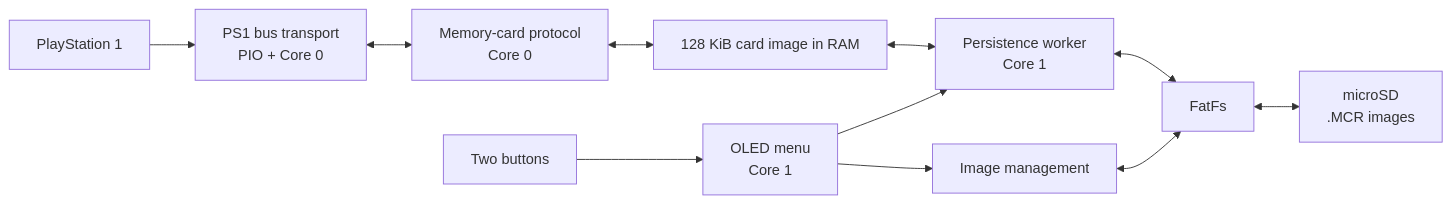
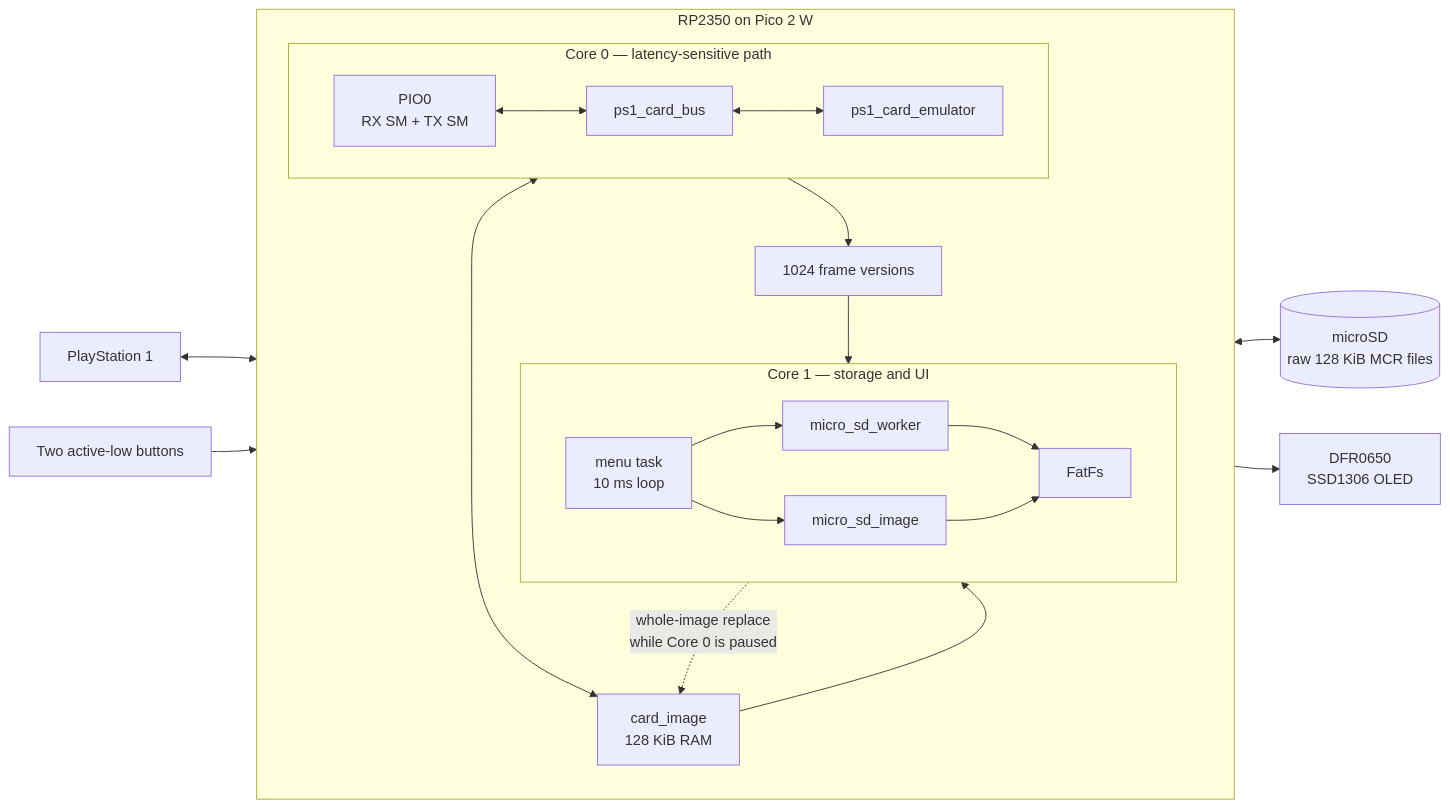
Before and after one commit to Blachovsky/PS-microCard: the first of 4 diagrams in docs/architecture.md, drawn with Mermaid. The commit also changed other lines of this file and 8 other files, not shown here.

````diff
--- a/docs/architecture.md
+++ b/docs/architecture.md
@@ -7,15 +9,46 @@
 ```mermaid
 flowchart LR
-    PS1[PlayStation 1] --> BUS[PS1 bus transport<br/>PIO + Core 0]
-    BUS <--> EMU[Memory-card protocol<br/>Core 0]
-    EMU <--> RAM[128 KiB card image in RAM]
+    PS1[PlayStation 1]
+    SD[(microSD<br/>raw 128 KiB MCR files)]
+    BTN[Two active-low buttons]
+    OLED[DFR0650<br/>SSD1306 OLED]
 
-    RAM <--> WORKER[Persistence worker<br/>Core 1]
-    WORKER <--> FATFS[FatFs]
-    FATFS <--> SD[microSD<br/>.MCR images]
+    subgraph MCU["RP2350 on Pico 2 W"]
+        direction TB
 
-    BTN[Two buttons] --> MENU[OLED menu<br/>Core 1]
-    MENU --> WORKER
-    MENU --> IMAGES[Image management]
-    IMAGES <--> FATFS
+        subgraph CORE0["Core 0 — latency-sensitive path"]
+            direction LR
+            PIO["PIO0<br/>RX SM + TX SM"]
+            BUS[ps1_card_bus]
+            EMU[ps1_card_emulator]
+            PIO <--> BUS
+            BUS <--> EMU
+        end
+
+        RAM["card_image<br/>128 KiB RAM"]
+        VERSIONS["1024 frame versions"]
+
+        subgraph CORE1["Core 1 — storage and UI"]
+            direction LR
+            MENU["menu task<br/>10 ms loop"]
+            WORKER[micro_sd_worker]
+            IMAGES[micro_sd_image]
+            FATFS[FatFs]
+            MENU --> WORKER
+            MENU --> IMAGES
+            WORKER --> FATFS
+            IMAGES --> FATFS
+        end
+
+        EMU <--> RAM
+        EMU --> VERSIONS
+        RAM --> WORKER
+        VERSIONS --> WORKER
+        IMAGES -. "whole-image replace<br/>while Core 0 is paused" .-> RAM
+    end
+
+    PS1 <--> PIO
+    FATFS <--> SD
+    BTN --> MENU
+    MENU --> OLED
 ```
````
